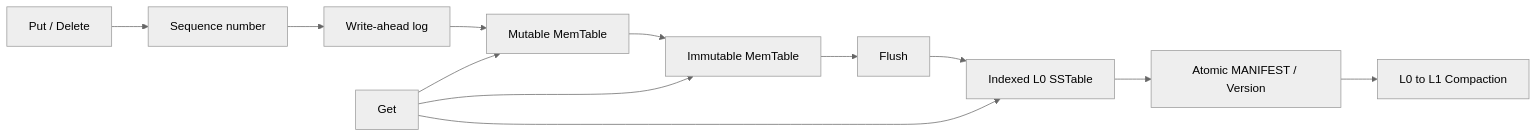
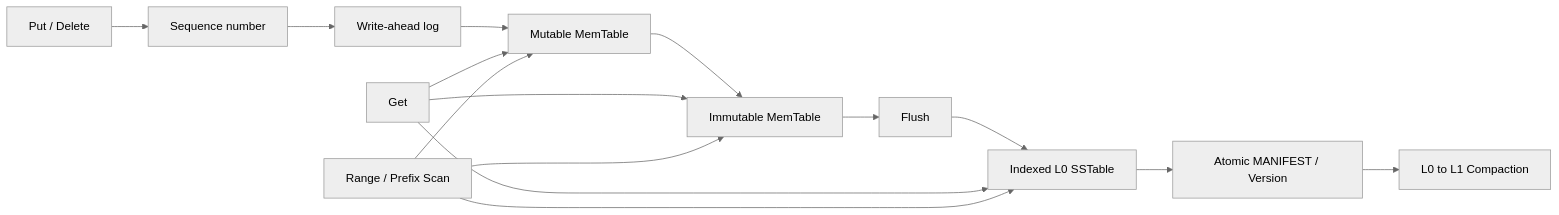
One commit to tdkjsmr/MiniKV-Storage-Engine changed the diagram in README.md. Above: the diagram before and after it, drawn with Mermaid (neutral theme). The commit also changed other lines of this file and 9 other files, not shown here.

Commit message:
feat: add V8 range and prefix scans

````diff
--- a/README.md
+++ b/README.md
@@ -389,15 +460,18 @@
 ```mermaid
 flowchart LR
     W[Put / Delete] --> Q[Sequence number]
     Q --> L[Write-ahead log]
     L --> M[Mutable MemTable]
     M --> I[Immutable MemTable]
     I --> F[Flush]
     F --> S[Indexed L0 SSTable]
     S --> V[Atomic MANIFEST / Version]
     V --> C[L0 to L1 Compaction]
 
     R[Get] --> M
     R --> I
     R --> S
+    X[Range / Prefix Scan] --> M
+    X --> I
+    X --> S
 ```
````
